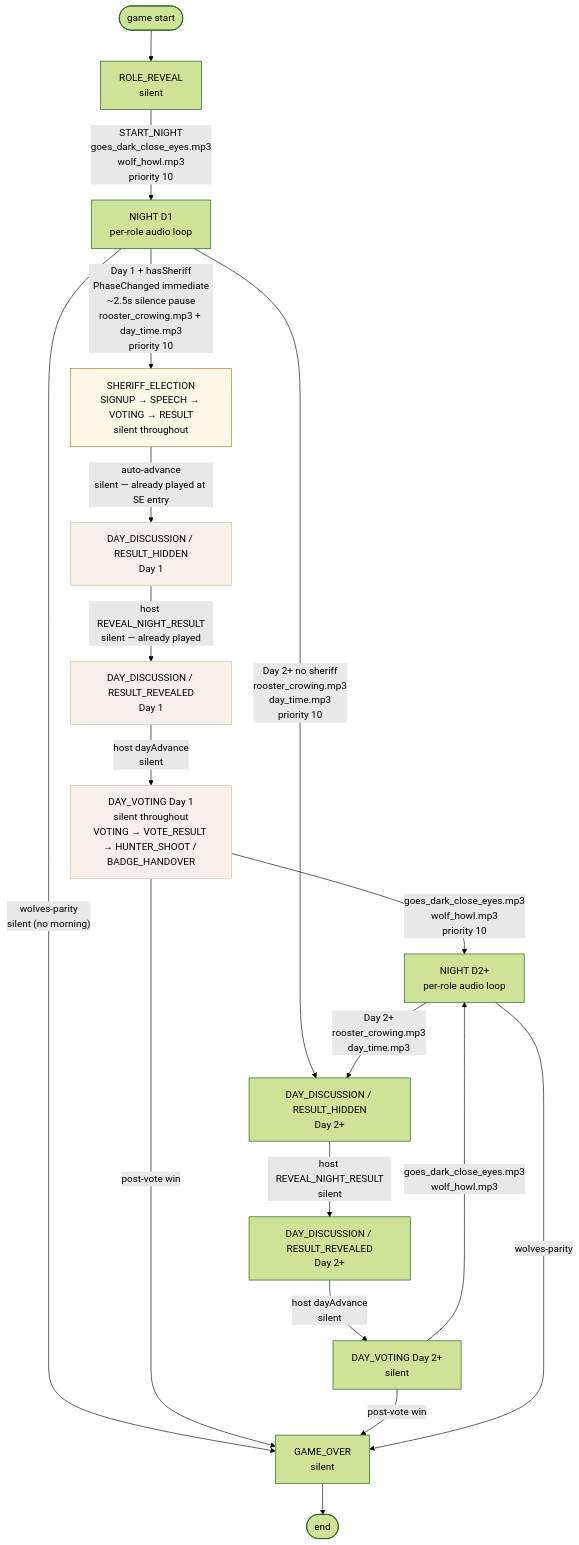
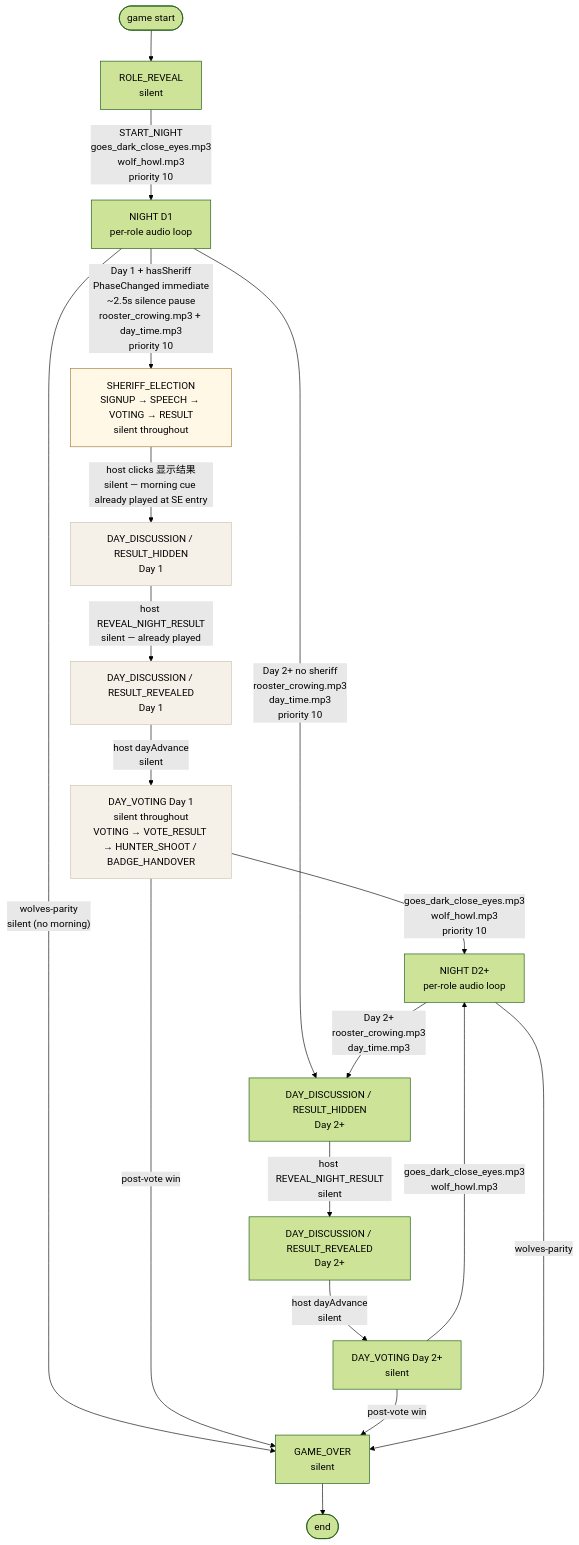
One commit to wangdaqian08/werewolf-simple changed the second of 3 diagrams in docs/game-phase-flow.md. Above: the diagram before and after it, drawn with Mermaid (forest theme). The commit also changed other lines of this file and 9 other files, not shown here.

````diff
--- a/docs/game-phase-flow.md
+++ b/docs/game-phase-flow.md
@@ -92,31 +92,31 @@
 ```mermaid
 flowchart TB
     START([game start]) --> RR["ROLE_REVEAL<br/>silent"]
     RR -->|"START_NIGHT<br/>goes_dark_close_eyes.mp3<br/>wolf_howl.mp3<br/>priority 10"| N1["NIGHT D1<br/>per-role audio loop"]
 
     N1 -->|"wolves-parity<br/>silent (no morning)"| GO["GAME_OVER<br/>silent"]
     N1 -->|"Day 1 + hasSheriff<br/>PhaseChanged immediate<br/>~2.5s silence pause<br/>rooster_crowing.mp3 + day_time.mp3<br/>priority 10"| SE["SHERIFF_ELECTION<br/>SIGNUP → SPEECH → VOTING → RESULT<br/>silent throughout"]
     N1 -->|"Day 2+ no sheriff<br/>rooster_crowing.mp3<br/>day_time.mp3<br/>priority 10"| DH2["DAY_DISCUSSION / RESULT_HIDDEN<br/>Day 2+"]
 
-    SE -->|"auto-advance<br/>silent — already played at SE entry"| DH1["DAY_DISCUSSION / RESULT_HIDDEN<br/>Day 1"]
+    SE -->|"host clicks 显示结果<br/>silent — morning cue already played at SE entry"| DH1["DAY_DISCUSSION / RESULT_HIDDEN<br/>Day 1"]
     DH1 -->|"host REVEAL_NIGHT_RESULT<br/>silent — already played"| DR1["DAY_DISCUSSION / RESULT_REVEALED<br/>Day 1"]
     DR1 -->|"host dayAdvance<br/>silent"| DV1["DAY_VOTING Day 1<br/>silent throughout<br/>VOTING → VOTE_RESULT → HUNTER_SHOOT / BADGE_HANDOVER"]
 
     DH2 -->|"host REVEAL_NIGHT_RESULT<br/>silent"| DR2["DAY_DISCUSSION / RESULT_REVEALED<br/>Day 2+"]
     DR2 -->|"host dayAdvance<br/>silent"| DV2["DAY_VOTING Day 2+<br/>silent"]
 
     DV1 -->|"goes_dark_close_eyes.mp3<br/>wolf_howl.mp3<br/>priority 10"| N2["NIGHT D2+<br/>per-role audio loop"]
     DV2 -->|"goes_dark_close_eyes.mp3<br/>wolf_howl.mp3"| N2
     DV1 -->|"post-vote win"| GO
     DV2 -->|"post-vote win"| GO
 
     N2 -->|"wolves-parity"| GO
     N2 -->|"Day 2+<br/>rooster_crowing.mp3<br/>day_time.mp3"| DH2
 
     GO --> END([end])
 
     classDef morningCue fill:#fff8e7,stroke:#a07830
     classDef silent fill:#f5f0e8,stroke:#ccc2b0
     class SE morningCue
     class DH1,DR1,DV1 silent
 ```
````
